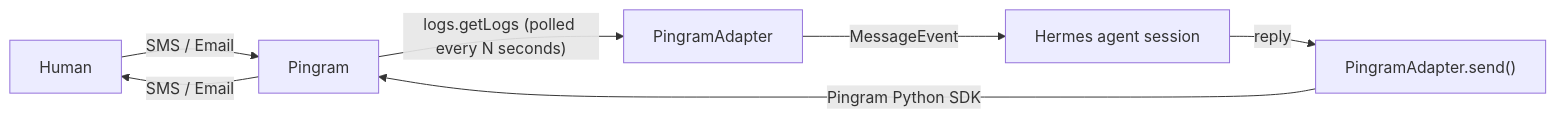
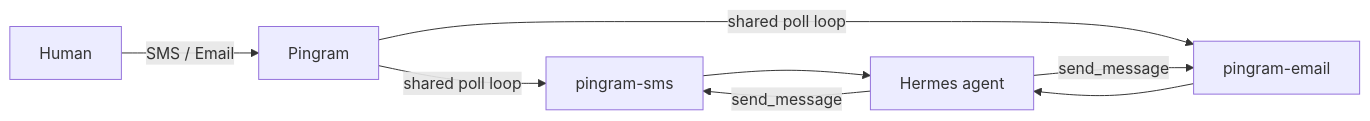
The diagram in README.md (pingram-io/hermes-gateway), drawn with Mermaid before and after one commit. The commit also changed other lines of this file and 23 other files, not shown here.

````diff
--- a/README.md
+++ b/README.md
@@ -14,9 +16,10 @@
 ```mermaid
 flowchart LR
   human["Human"] -->|"SMS / Email"| pingram["Pingram"]
-  pingram -->|"logs.getLogs (polled every N seconds)"| adapter["PingramAdapter"]
-  adapter -->|"MessageEvent"| agent["Hermes agent session"]
-  agent -->|"reply"| send["PingramAdapter.send()"]
-  send -->|"Pingram Python SDK"| pingram
-  pingram -->|"SMS / Email"| human
+  pingram -->|"shared poll loop"| sms["pingram-sms"]
+  pingram -->|"shared poll loop"| email["pingram-email"]
+  sms --> agent["Hermes agent"]
+  email --> agent
+  agent -->|"send_message"| sms
+  agent -->|"send_message"| email
 ```
````
